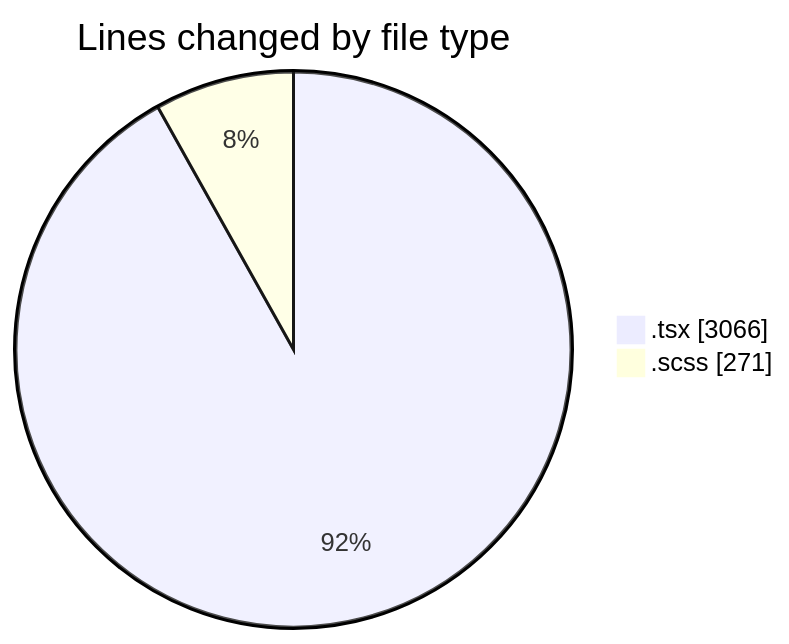
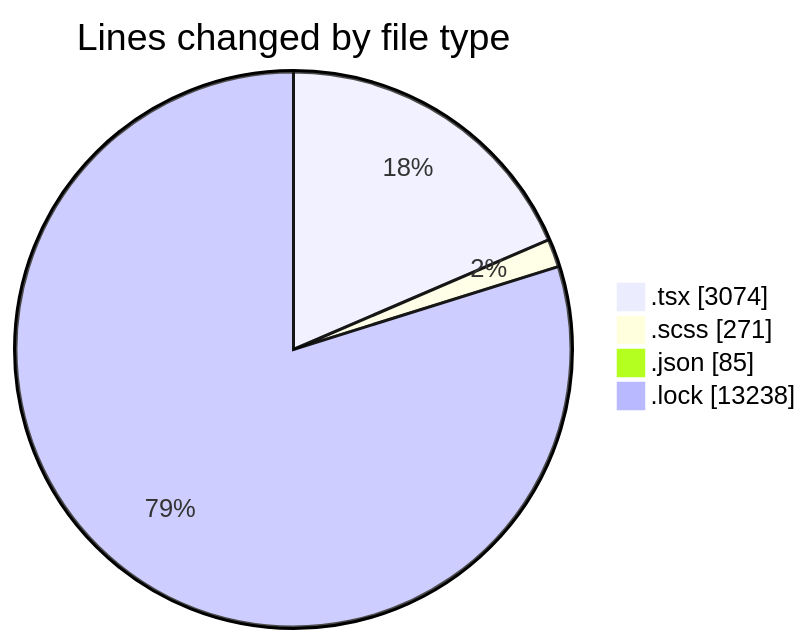
Before and after one commit to momahboobian/code-tracking: the first of 2 diagrams in 2025-11-18/cda/README.md, drawn with Mermaid. The commit also changed other lines of this file and 1 other file, not shown here.

````diff
--- a/2025-11-18/cda/README.md
+++ b/2025-11-18/cda/README.md
@@ -26,6 +28,8 @@
 ```mermaid
 pie showData
 title Lines changed by file type
-".tsx" : 3066
+".tsx" : 3074
 ".scss" : 271
+".json" : 85
+".lock" : 13238
 ```
````
